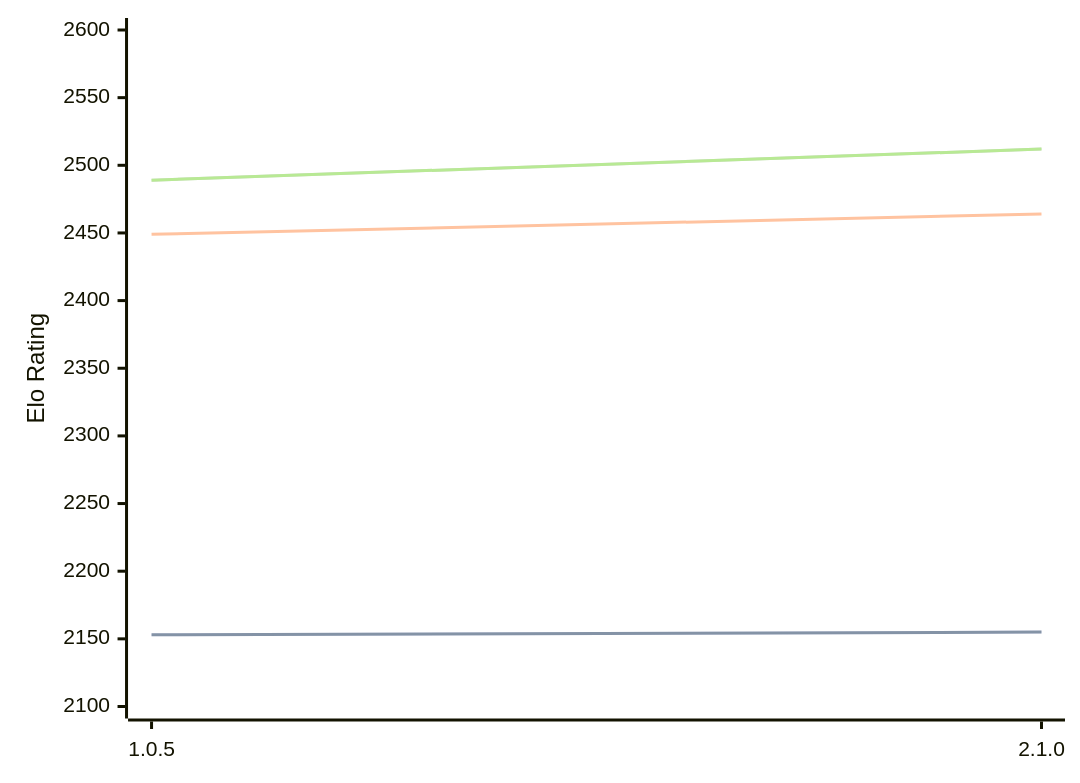
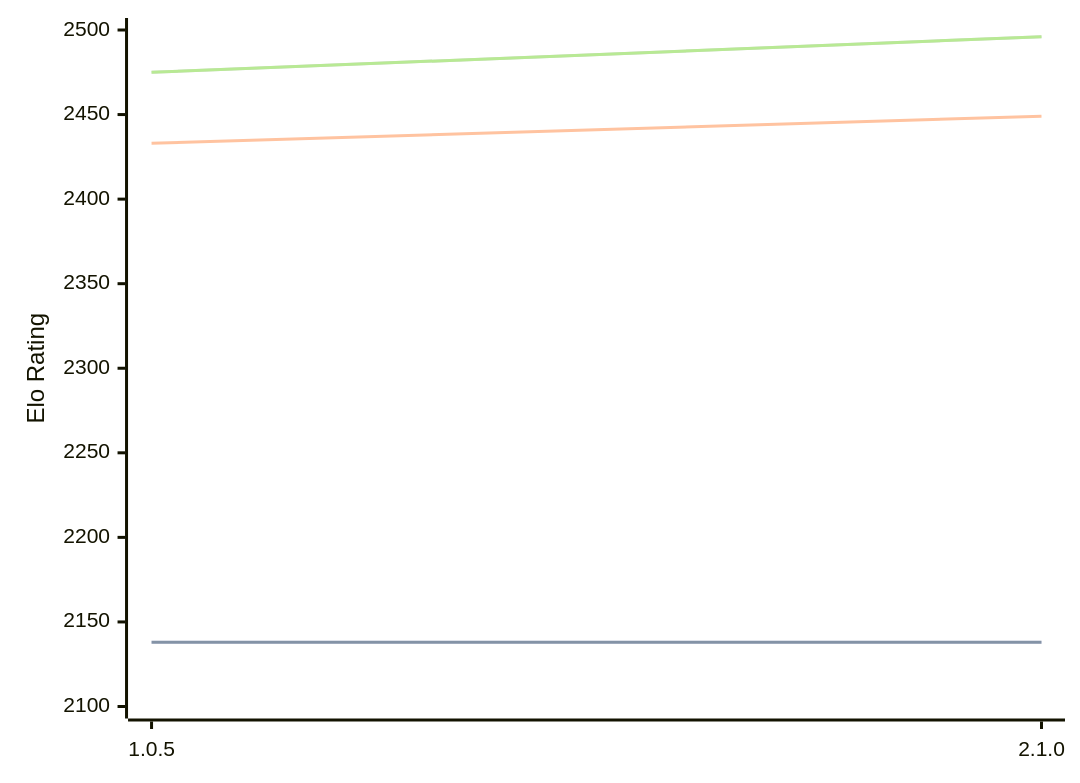
The diagram in engines/Ruffian.md (computer-chess-index/cci), drawn with Mermaid before and after one commit. The commit also changed other lines of this file, not shown here.

Commit message:
Update CCI Ratings (ELO VLTC) - 2026-05-20

````diff
--- a/engines/Ruffian.md
+++ b/engines/Ruffian.md
@@ -32,11 +32,11 @@
 ```mermaid
 %%{init: {"theme":"base","themeVariables":{"seriesColors:['#a3a3a3','#222221','#faa371']}}}%%
 xychart-beta
   x-axis ["1.0.5", "2.1.0"]
-  y-axis "Elo Rating" 2100 --> 2600
-  line "STC (8.0+0.08s)" [2153, 2155]
-  line "STC (8.0+0.08s)" [2153, 2155]
-  line "LTC (60.0+0.60s)" [2449, 2464]
-  line "VLTC (2m24s+1.12s)" [2489, 2512]
-  line "VLTC (2m24s+1.12s)" [2489, 2512]
+  y-axis "Elo Rating" 2100 --> 2500
+  line "STC (8.0+0.08s)" [2138, 2138]
+  line "STC (8.0+0.08s)" [2138, 2138]
+  line "LTC (60.0+0.60s)" [2433, 2449]
+  line "VLTC (2m24s+1.12s)" [2475, 2496]
+  line "VLTC (2m24s+1.12s)" [2475, 2496]
 ```
````
